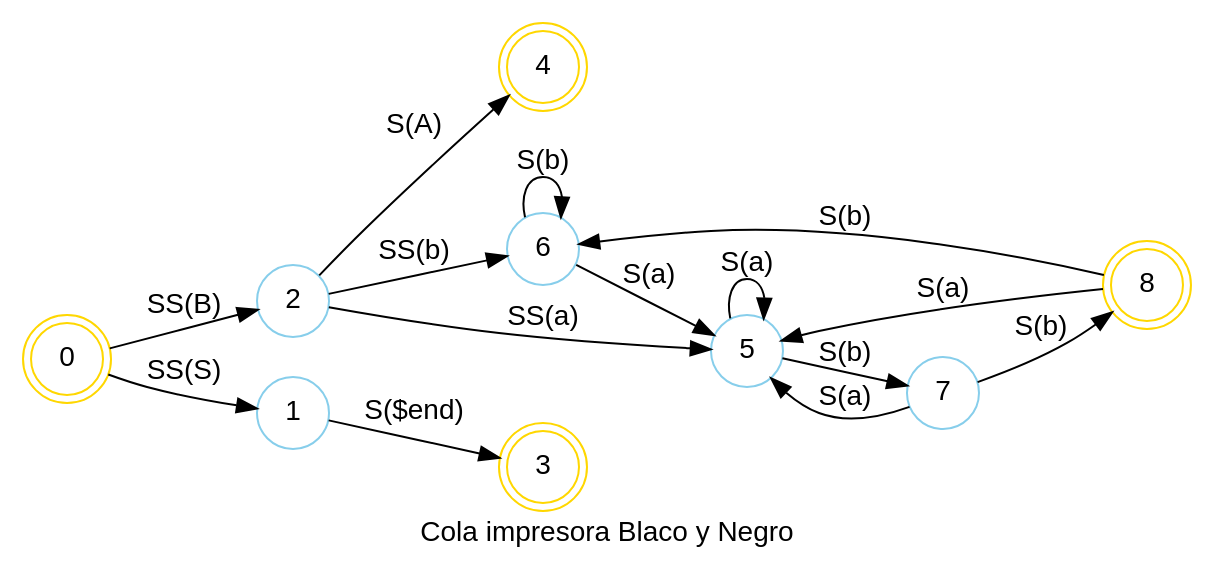
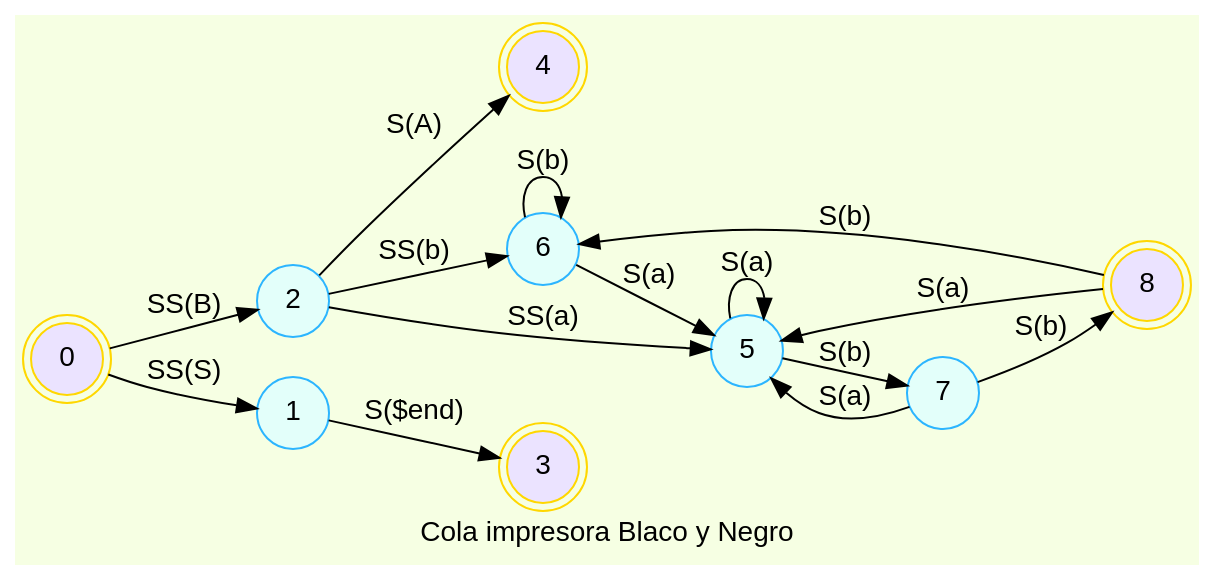
The diagram in src/analizadores/ejemplo.dot (SergieArizandieta/OLC1-P1-202000119), drawn with Graphviz before and after one commit. The commit also changed 4 other files, not shown here.

```diff
--- a/src/analizadores/ejemplo.dot
+++ b/src/analizadores/ejemplo.dot
@@ -1,23 +1,25 @@
 digraph finite_state_machine {
+	 bgcolor = "#F6FFE3"
 	fontname="Helvetica,Arial,sans-serif"
     label= " Cola impresora Blaco y Negro "
-	node [fontname="Helvetica,Arial,sans-serif"]
+	node [fontname="Helvetica,Arial,sans-serif" ]
 	edge [fontname="Helvetica,Arial,sans-serif"]
 	rankdir=LR;
-	node [shape = doublecircle, color = gold]; 0 3 4 8;
-	node [shape = circle, color = skyblue];
+	node [shape = doublecircle, color = gold fillcolor="#EBE3FF" style =filled]; 0 3 4 8;
+	node [shape = circle, color = "#2CB5FF" fillcolor="#E3FFFA" style =filled];
+	  
 	0 -> 2 [label = "SS(B)"];
 	0 -> 1 [label = "SS(S)"];
 	1 -> 3 [label = "S($end)"];
 	2 -> 6 [label = "SS(b)"];
 	2 -> 5 [label = "SS(a)"];
 	2 -> 4 [label = "S(A)"];
 	5 -> 7 [label = "S(b)"];
 	5 -> 5 [label = "S(a)"];
 	6 -> 6 [label = "S(b)"];
 	6 -> 5 [label = "S(a)"];
 	7 -> 8 [label = "S(b)"];
 	7 -> 5 [label = "S(a)"];
 	8 -> 6 [label = "S(b)"];
 	8 -> 5 [label = "S(a)"];
 }
```
